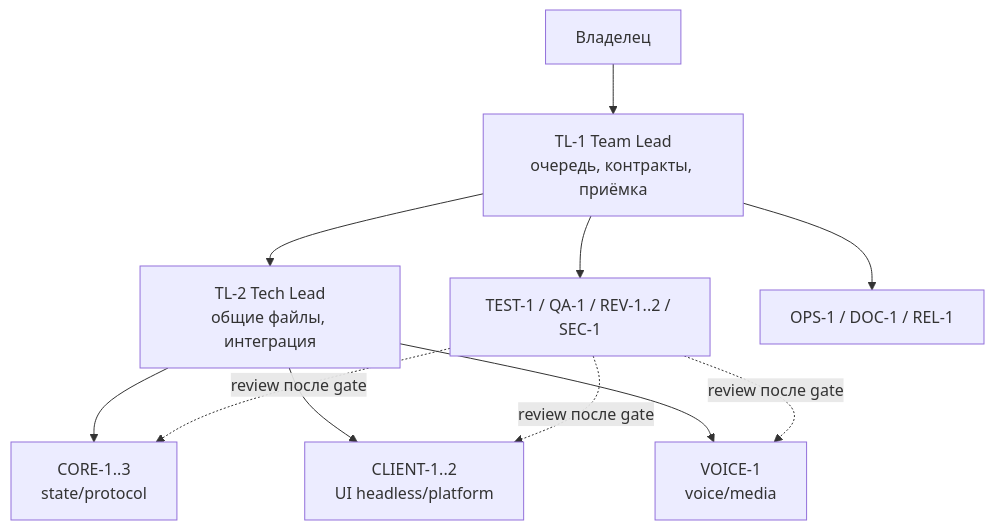
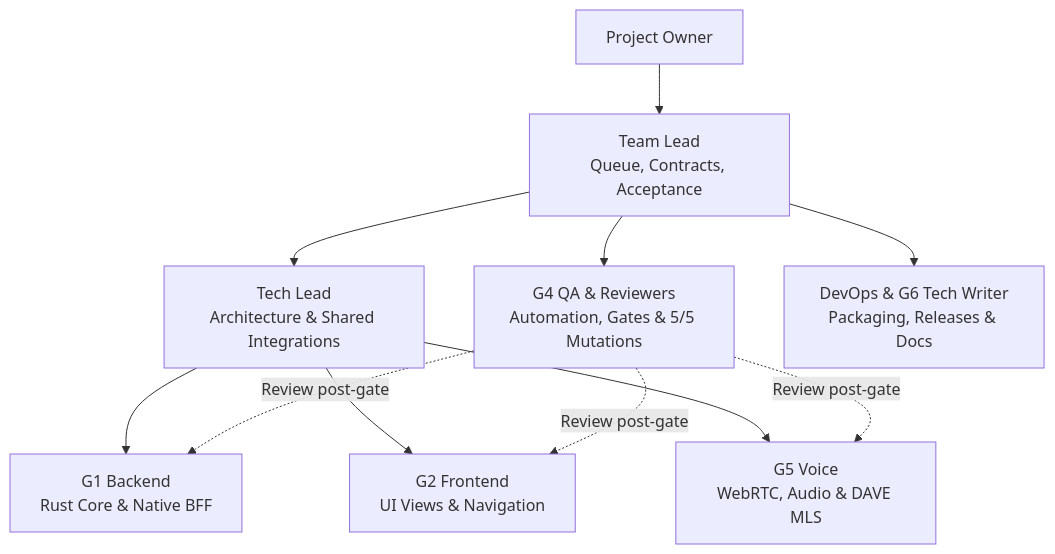
Before and after one commit to Userbash/chord: the second of 2 diagrams in docs/map.md, drawn with Mermaid. The commit also changed other lines of this file and 2279 other files, not shown here.

````diff
--- a/docs/map.md
+++ b/docs/map.md
@@ -296,13 +78,13 @@
 ```mermaid
 flowchart TB
-  OWNER["Владелец"] --> TL["TL-1 Team Lead<br/>очередь, контракты, приёмка"]
-  TL --> TECHL["TL-2 Tech Lead<br/>общие файлы, интеграция"]
-  TECHL --> CORE["CORE-1..3<br/>state/protocol"]
-  TECHL --> CLIENT["CLIENT-1..2<br/>UI headless/platform"]
-  TECHL --> VOICE["VOICE-1<br/>voice/media"]
-  TL --> QUALITY["TEST-1 / QA-1 / REV-1..2 / SEC-1"]
-  TL --> OPS["OPS-1 / DOC-1 / REL-1"]
-  QUALITY -. "review после gate" .-> CORE
-  QUALITY -. "review после gate" .-> CLIENT
-  QUALITY -. "review после gate" .-> VOICE
+  OWNER["Project Owner"] --> TL["Team Lead<br/>Queue, Contracts, Acceptance"]
+  TL --> TECHL["Tech Lead<br/>Architecture & Shared Integrations"]
+  TECHL --> CORE["G1 Backend<br/>Rust Core & Native BFF"]
+  TECHL --> CLIENT["G2 Frontend<br/>UI Views & Navigation"]
+  TECHL --> VOICE["G5 Voice<br/>WebRTC, Audio & DAVE MLS"]
+  TL --> QUALITY["G4 QA & Reviewers<br/>Automation, Gates & 5/5 Mutations"]
+  TL --> OPS["DevOps & G6 Tech Writer<br/>Packaging, Releases & Docs"]
+  QUALITY -. "Review post-gate" .-> CORE
+  QUALITY -. "Review post-gate" .-> CLIENT
+  QUALITY -. "Review post-gate" .-> VOICE
 ```
````
